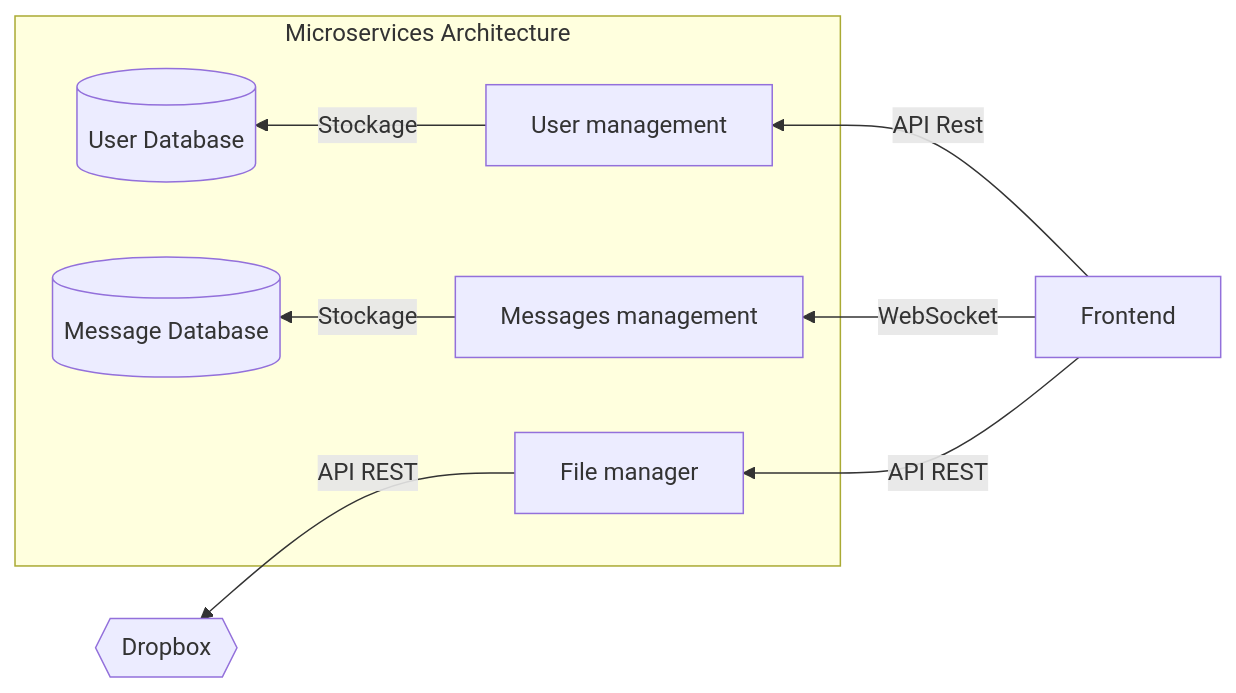
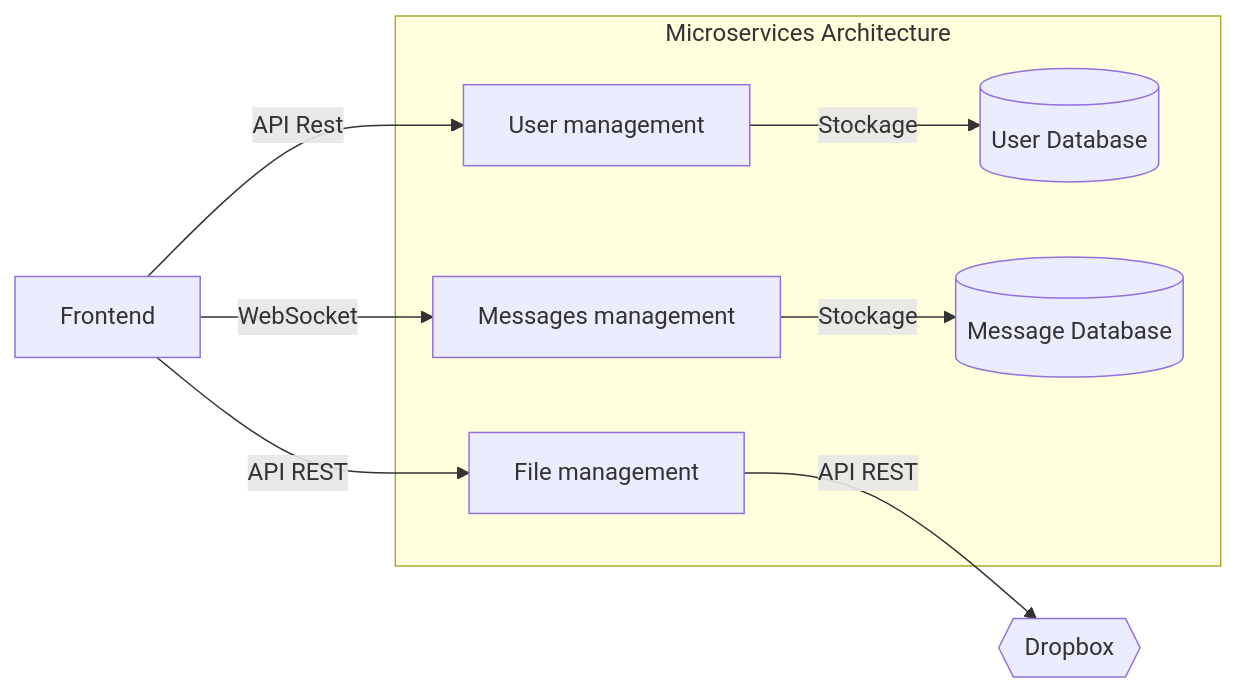
The first of 5 diagrams in README.md (YR72dpi/SecuredWhisker), drawn with Mermaid before and after one commit.

Commit message:
doc: microservices architecture mermaid readable left to right

````diff
--- a/README.md
+++ b/README.md
@@ -78,20 +78,20 @@
 ```mermaid
-graph RL;
+graph LR;
     subgraph "Microservices Architecture"
         UserService["User management"] 
         MessageService["Messages management"]
         UserDatabase[("User Database")]
         MessageDatabase[("Message Database")]
-        FileManager["File manager"]
+        FileManager["File management"]
     end
         DropBox{{Dropbox}}
         Frontend["Frontend"]
 
     Frontend -->|API Rest| UserService
     Frontend -->|WebSocket| MessageService
     Frontend -->|API REST| FileManager
     FileManager -->| API REST| DropBox
     UserService -->|Stockage| UserDatabase
     MessageService -->|Stockage| MessageDatabase
 
 ```
````
